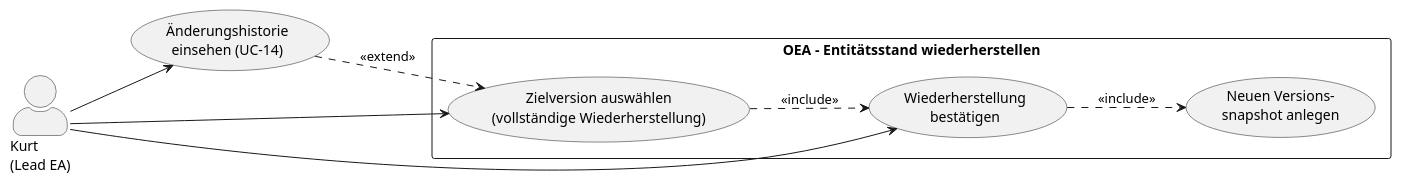
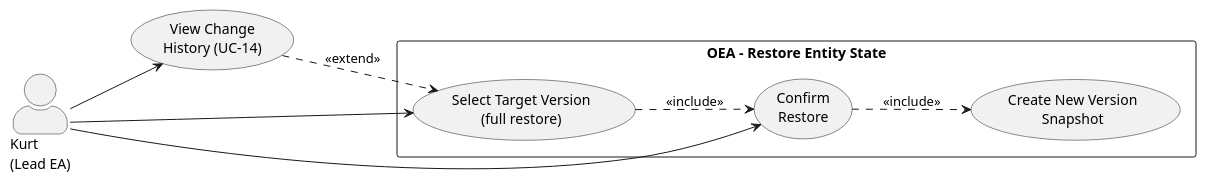
The diagram in requirements/use-cases/UC-15-restore-entity-state.md (open-enterprise-architecture/OEA), drawn with PlantUML before and after one commit. The commit also changed other lines of this file and 630 other files, not shown here.

````diff
--- a/requirements/use-cases/UC-15-restore-entity-state.md
+++ b/requirements/use-cases/UC-15-restore-entity-state.md
@@ -31,24 +31,24 @@
 ```plantuml
 @startuml UC-15-Restore
 left to right direction
 skinparam actorStyle awesome
 
 actor "Kurt\n(Lead EA)" as Kurt
 
-usecase "Änderungshistorie\neinsehen (UC-14)" as UC_History
+usecase "View Change\nHistory (UC-14)" as UC_History
 
-rectangle "OEA – Entitätsstand wiederherstellen" {
-  usecase "Zielversion auswählen\n(vollständige Wiederherstellung)" as UC_Select
-  usecase "Wiederherstellung\nbestätigen" as UC_Confirm
-  usecase "Neuen Versions-\nsnapshot anlegen" as UC_Snapshot
+rectangle "OEA – Restore Entity State" {
+  usecase "Select Target Version\n(full restore)" as UC_Select
+  usecase "Confirm\nRestore" as UC_Confirm
+  usecase "Create New Version\nSnapshot" as UC_Snapshot
 }
 
 Kurt --> UC_History
 Kurt --> UC_Select
 Kurt --> UC_Confirm
 
 UC_History ..> UC_Select : <<extend>>
 UC_Select ..> UC_Confirm : <<include>>
 UC_Confirm ..> UC_Snapshot : <<include>>
 @enduml
 ```
````
